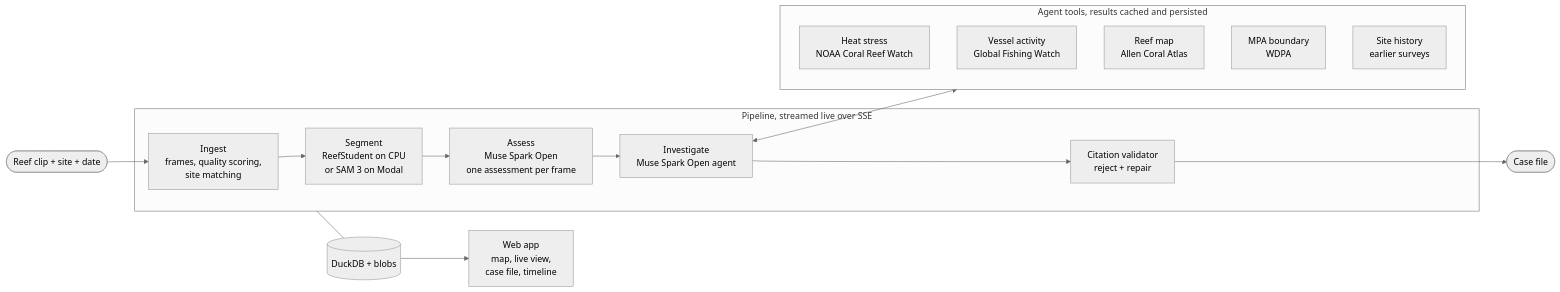
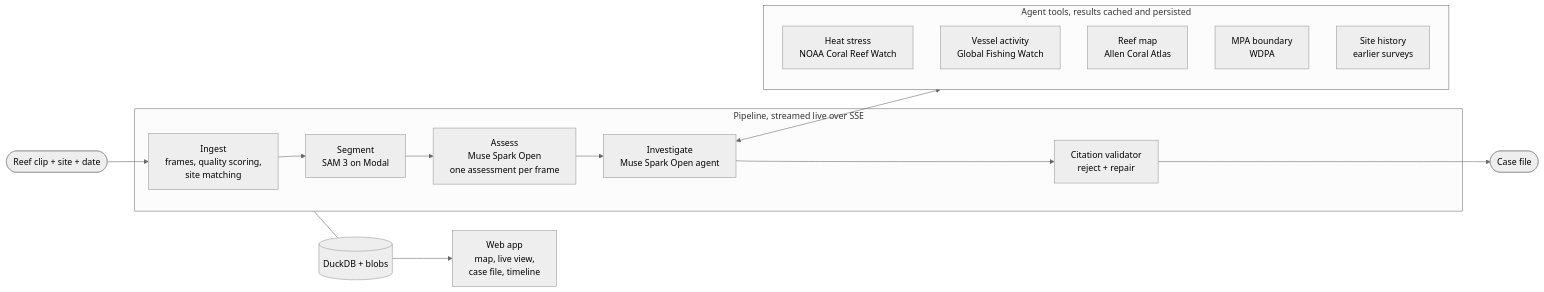
The diagram in README.md (Aditya-Patil27/reefcase), drawn with Mermaid (neutral theme) before and after one commit. The commit also changed other lines of this file and 1 other file, not shown here.

Commit message:
8.5, 8.4: live uploads segment with SAM 3 (f0c903b); ReefStudent seeds the history

````diff
--- a/README.md
+++ b/README.md
@@ -39,22 +39,22 @@
 ```mermaid
 flowchart LR
     clip([Reef clip + site + date]) --> ingest
     subgraph pipeline [Pipeline, streamed live over SSE]
         ingest[Ingest<br/>frames, quality scoring,<br/>site matching] --> segment
-        segment[Segment<br/>ReefStudent on CPU<br/>or SAM 3 on Modal] --> assess
+        segment[Segment<br/>SAM 3 on Modal] --> assess
         assess[Assess<br/>Muse Spark Open<br/>one assessment per frame] --> investigate
         investigate[Investigate<br/>Muse Spark Open agent] --> cite
         cite[Citation validator<br/>reject + repair]
     end
     investigate <--> tools
     subgraph tools [Agent tools, results cached and persisted]
         heat[Heat stress<br/>NOAA Coral Reef Watch]
         vessels[Vessel activity<br/>Global Fishing Watch]
         reef[Reef map<br/>Allen Coral Atlas]
         mpa[MPA boundary<br/>WDPA]
         history[Site history<br/>earlier surveys]
     end
     cite --> case([Case file])
     pipeline --- store[(DuckDB + blobs)]
     store --> web[Web app<br/>map, live view,<br/>case file, timeline]
 ```
````
